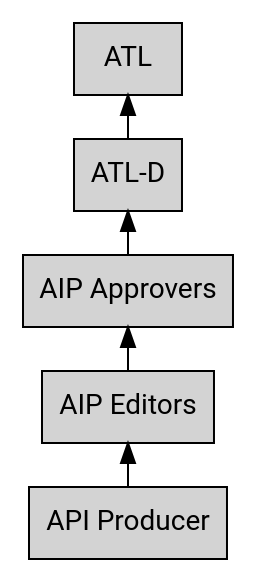
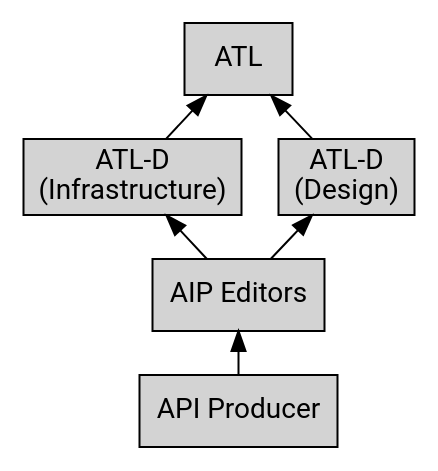
Before and after one commit to aip-dev/google.aip.dev: the first of 2 diagrams in aip/0001.md, drawn with Graphviz. The commit also changed other lines of this file, not shown here.

First line of the commit message:
[AIP-1] Squash editors and approvers, relax quorum.

````diff
--- a/aip/0001.md
+++ b/aip/0001.md
@@ -58,13 +58,17 @@
 ```graphviz
 digraph d_front_back {
   rankdir=BT;
   ranksep=0.3;
   node [ style="filled,solid" shape=box fontname="Roboto" ];
+
   producer [ label="API Producer" ];
   editors [ label="AIP Editors" ];
-  approvers [ label="AIP Approvers" ];
-  atld [ label="ATL-D" ];
+  atld_infra [ label="ATL-D\n(Infrastructure)" ];
+  atld_design [ label="ATL-D\n(Design)" ];
   atl [ label="ATL" ];
-  producer -> editors -> approvers -> atld -> atl;
+
+  producer -> editors;
+  editors -> atld_infra -> atl;
+  editors -> atld_design -> atl;
 }
 ```
````
